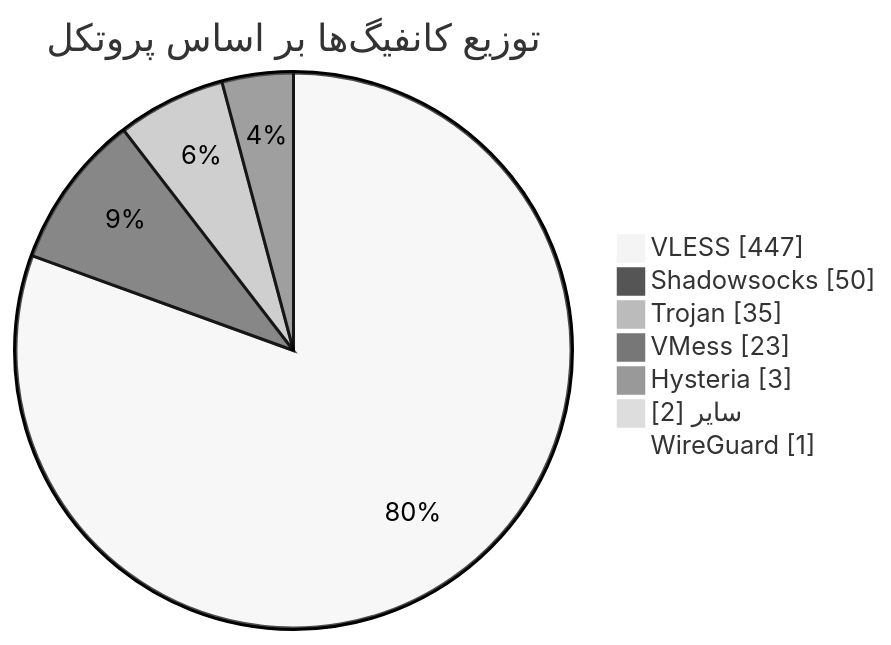
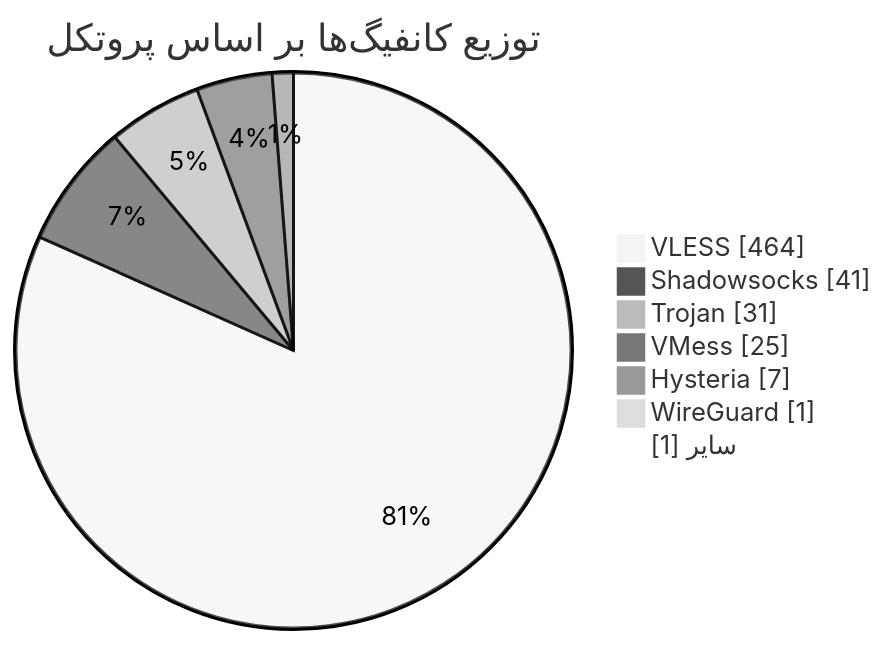
The diagram in README.md (Arian-Alijani/Somthing), drawn with Mermaid (neutral theme) before and after one commit. The commit also changed other lines of this file and 87 other files, not shown here.

````diff
--- a/README.md
+++ b/README.md
@@ -49,11 +49,11 @@
 ```mermaid
 pie showData
     title توزیع کانفیگ‌ها بر اساس پروتکل
-    "VLESS" : 447
-    "Shadowsocks" : 50
-    "Trojan" : 35
-    "VMess" : 23
-    "Hysteria" : 3
-    "سایر" : 2
+    "VLESS" : 464
+    "Shadowsocks" : 41
+    "Trojan" : 31
+    "VMess" : 25
+    "Hysteria" : 7
     "WireGuard" : 1
+    "سایر" : 1
 ```
````
